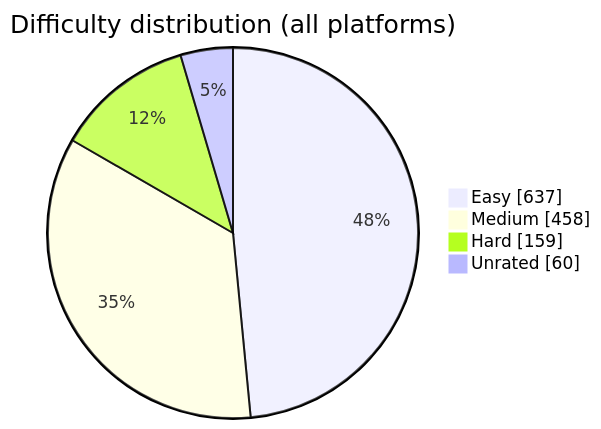
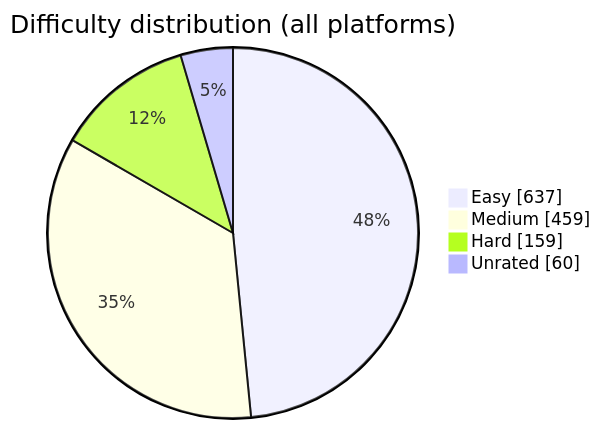
Before and after one commit to BuildbyArindam/Daily-Coding-Log: the diagram in README.md, drawn with Mermaid. The commit also changed other lines of this file, not shown here.

````diff
--- a/README.md
+++ b/README.md
@@ -93,7 +93,7 @@
 ```mermaid
 pie showData title Difficulty distribution (all platforms)
     "Easy" : 637
-    "Medium" : 458
+    "Medium" : 459
     "Hard" : 159
     "Unrated" : 60
 ```
````
